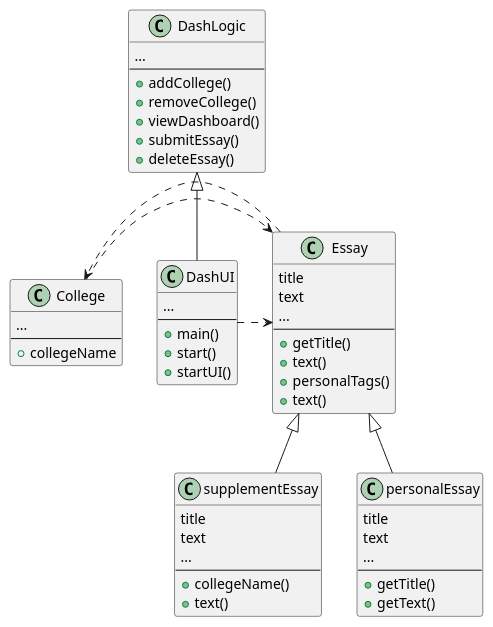
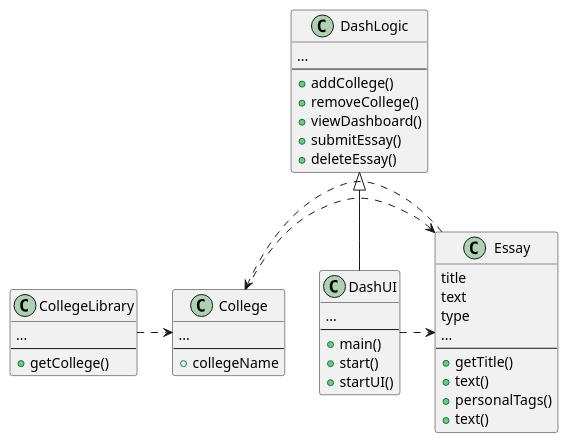
The fifth of 5 diagrams in intellij/doc/design.md (jlederer33/Essay-Review-App), drawn with PlantUML before and after one commit.

Commit message:
new addition in class diagram.

````diff
--- a/intellij/doc/design.md
+++ b/intellij/doc/design.md
@@ -57,63 +57,52 @@
 ```plantuml
 
 class Essay{
 title
 text
+type
 ...
 --
 +getTitle()
 +text()
 +personalTags()
 +text()
 }
 
-class supplementEssay{
-title
-text
+
+
+class CollegeLibrary{
 ...
 --
-+collegeName()
-+text()
++getCollege()
 }
-
-class personalEssay{
-title
-text
-...
---
-+getTitle()
-+getText()
-}
-Essay <|--  supplementEssay
-Essay <|-- personalEssay
-
+CollegeLibrary .> College
 
 
 class DashLogic{
 ...
 --
 +addCollege()
 +removeCollege()
 +viewDashboard()
 +submitEssay()
 +deleteEssay()
 }
 class College{
 ...
 --
 +collegeName
 }
 class DashUI{
 ...
 --
 +main()
 +start()
 +startUI()
 }
 DashLogic <|-- DashUI
 College .> Essay
 Essay .> College
 DashUI .> Essay
 
 
 ```
````
